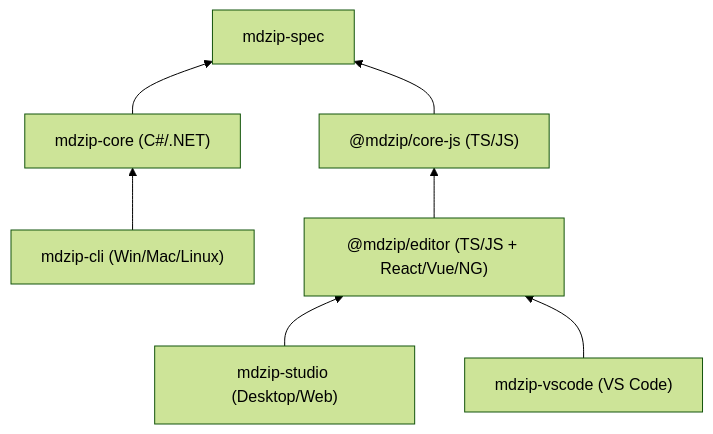
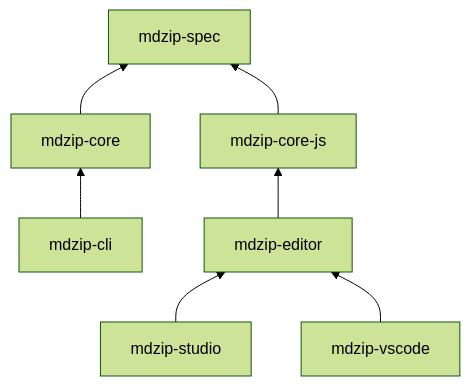
Before and after one commit to mdzip-project/.github: the diagram in profile/README.md, drawn with Mermaid (forest theme). The commit also changed 2 other files, not shown here.

Commit message:
dashboard: link repo names to GitHub in a new tab
Repo names now render as anchors to their GitHub remote (target="_blank",
rel="noopener noreferrer"), derived from the manifest's `remote` field via
a new repoRemoteUrl() helper that normalizes SSH/HTTPS forms and strips .git.

Also hardens client-side rendering: esc() coerces to string and name/role
are now escaped, plus a new attr() escapes quotes for the href attribute.
Adds a Pause/Play toggle for auto-refresh.

Simplifies the profile README mermaid diagram (htmlLabels:false, plain node
labels) so it renders reliably on GitHub; the platform/package detail it
dropped is already in the release-status tables.

````diff
--- a/profile/README.md
+++ b/profile/README.md
@@ -19,18 +19,19 @@
 ```mermaid
+%%{init: {"flowchart": {"htmlLabels": false}}}%%
 flowchart BT
-    cli["mdzip-cli (Win/Mac/Linux)"]
-    studio["mdzip-studio (Desktop/Web)"]
-    vscode["mdzip-vscode (VS Code)"]
-    editor["@mdzip/editor (TS/JS + React/Vue/NG)"]
-    core["mdzip-core (C#/.NET)"]
-    corejs["@mdzip/core-js (TS/JS)"]
+    cli["mdzip-cli"]
+    studio["mdzip-studio"]
+    vscode["mdzip-vscode"]
+    editor["mdzip-editor"]
+    core["mdzip-core"]
+    corejs["mdzip-core-js"]
     spec["mdzip-spec"]
 
     cli --> core
     studio --> editor
     vscode --> editor
     editor --> corejs
 
     core --> spec
     corejs --> spec
 ```
````
